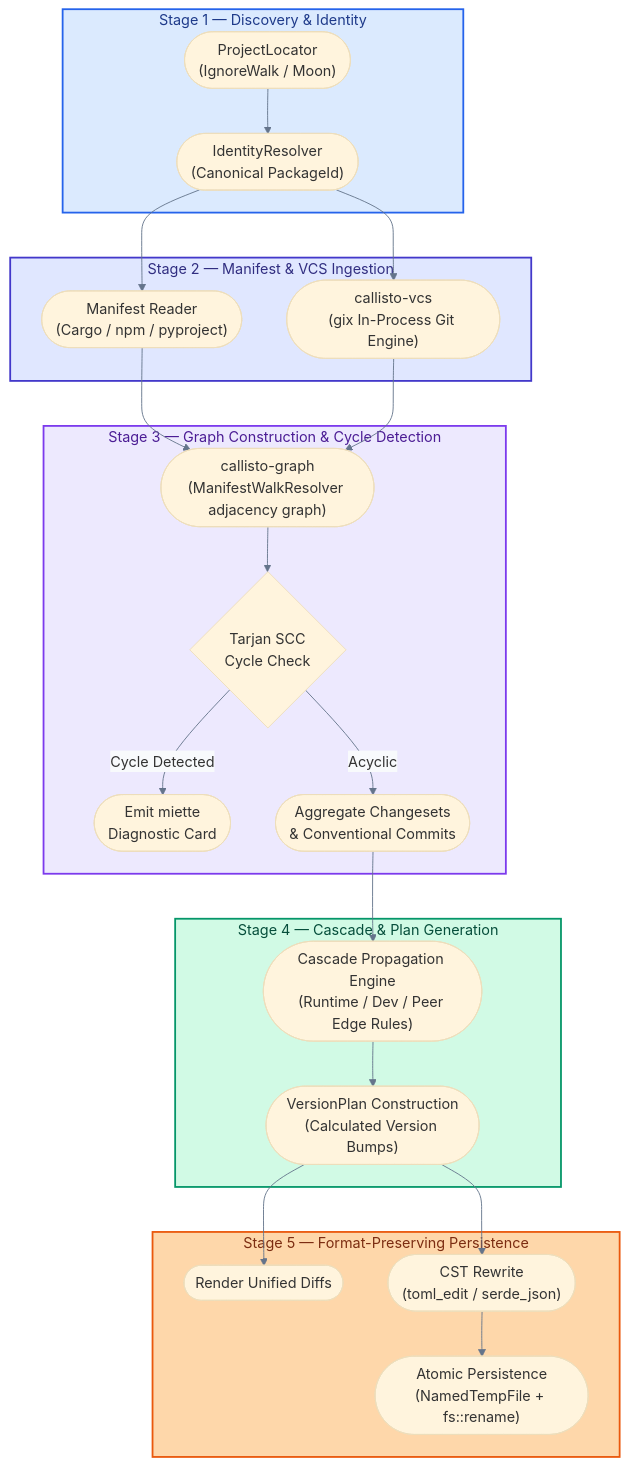
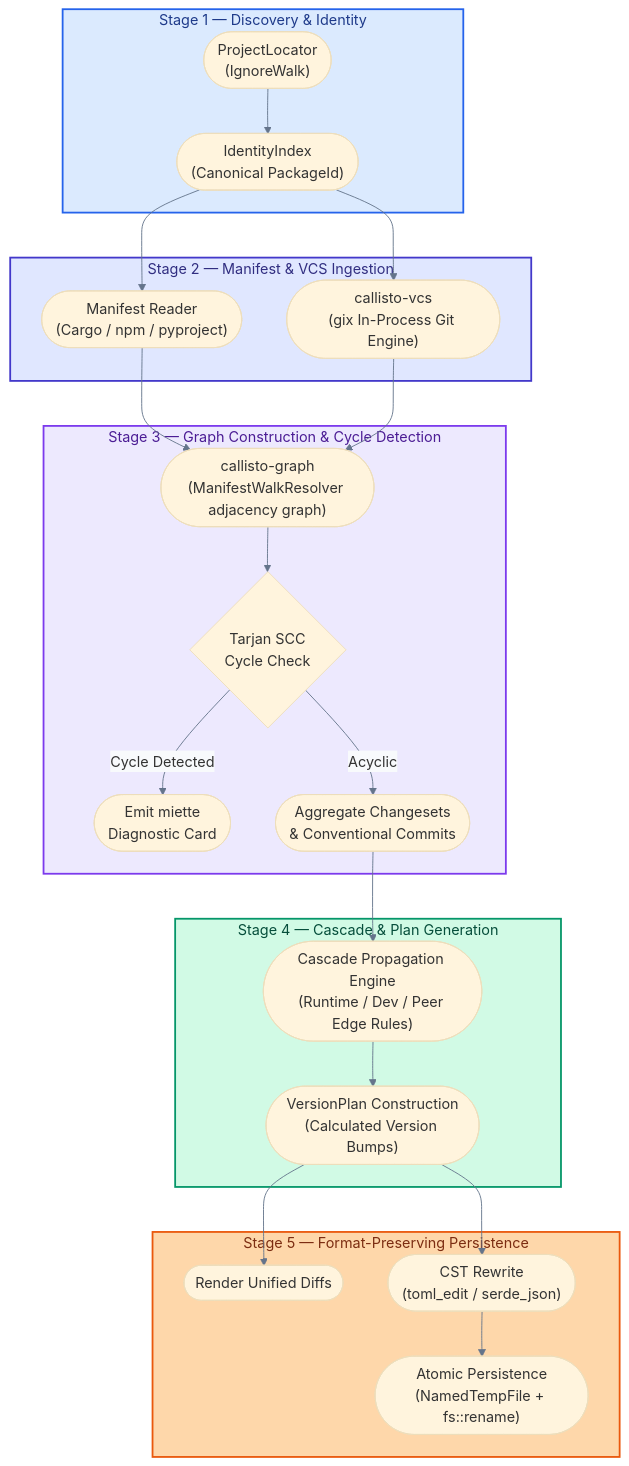
One commit to orin-dx/callisto changed the first of 4 diagrams in ARCHITECTURE.md. Above: the diagram before and after it, drawn with Mermaid. The commit also changed other lines of this file and 112 other files, not shown here.

````diff
--- a/ARCHITECTURE.md
+++ b/ARCHITECTURE.md
@@ -29,37 +29,37 @@
 ```mermaid
 %%{init: {'theme': 'base', 'themeVariables': {'lineColor': '#64748b', 'edgeLabelBackground': '#f8fafc', 'fontFamily': 'ui-sans-serif, system-ui, sans-serif'}}}%%
 flowchart TB
     subgraph Stage1 ["Stage 1 — Discovery & Identity"]
-        PL(["ProjectLocator<br/>(IgnoreWalk / Moon)"]) --> IR(["IdentityResolver<br/>(Canonical PackageId)"])
+        PL(["ProjectLocator<br/>(IgnoreWalk)"]) --> IR(["IdentityIndex<br/>(Canonical PackageId)"])
     end
 
     subgraph Stage2 ["Stage 2 — Manifest & VCS Ingestion"]
         IR --> MR(["Manifest Reader<br/>(Cargo / npm / pyproject)"])
         IR --> VCS(["callisto-vcs<br/>(gix In-Process Git Engine)"])
     end
 
     subgraph Stage3 ["Stage 3 — Graph Construction & Cycle Detection"]
         MR --> DAG(["callisto-graph<br/>(ManifestWalkResolver adjacency graph)"])
         VCS --> DAG
         DAG --> SCC{"Tarjan SCC<br/>Cycle Check"}
         SCC -- "Cycle Detected" --> Err(["Emit miette<br/>Diagnostic Card"])
         SCC -- "Acyclic" --> Agg(["Aggregate Changesets<br/>& Conventional Commits"])
     end
 
     subgraph Stage4 ["Stage 4 — Cascade & Plan Generation"]
         Agg --> Cascade(["Cascade Propagation Engine<br/>(Runtime / Dev / Peer Edge Rules)"])
         Cascade --> Plan(["VersionPlan Construction<br/>(Calculated Version Bumps)"])
     end
 
     subgraph Stage5 ["Stage 5 — Format-Preserving Persistence"]
         Plan --> Diff(["Render Unified Diffs"])
         Plan --> AST(["CST Rewrite<br/>(toml_edit / serde_json)"])
         AST --> Atomic(["Atomic Persistence<br/>(NamedTempFile + fs::rename)"])
     end
 
     style Stage1 fill:#dbeafe,stroke:#2563eb,stroke-width:2px,color:#1e3a8a
     style Stage2 fill:#e0e7ff,stroke:#4338ca,stroke-width:2px,color:#312e81
     style Stage3 fill:#ede9fe,stroke:#7c3aed,stroke-width:2px,color:#4c1d95
     style Stage4 fill:#d1fae5,stroke:#059669,stroke-width:2px,color:#064e3b
     style Stage5 fill:#fed7aa,stroke:#ea580c,stroke-width:2px,color:#7c2d12
 ```
````
